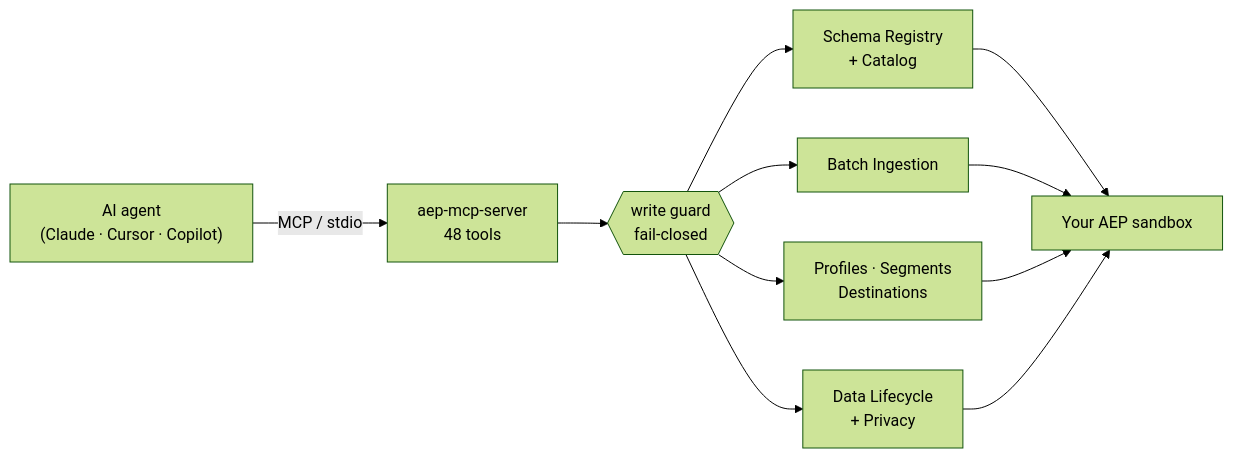
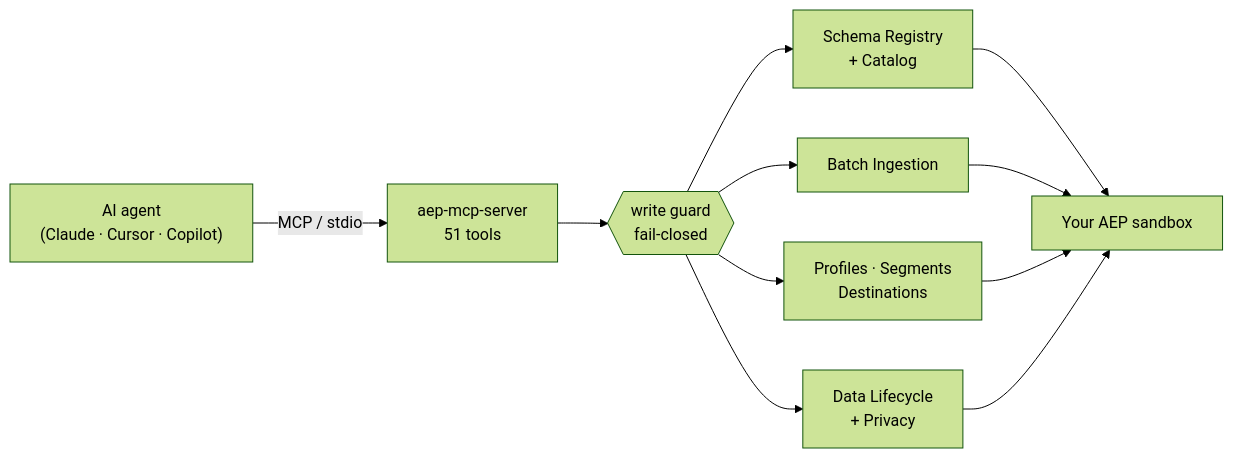
One commit to Focus-GTS/aep-mcp-server changed the second of 3 diagrams in README.md. Above: the diagram before and after it, drawn with Mermaid (forest theme). The commit also changed other lines of this file and 5 other files, not shown here.

````diff
--- a/README.md
+++ b/README.md
@@ -60,13 +60,13 @@
 ```mermaid
 flowchart LR
-  A["AI agent<br/>(Claude · Cursor · Copilot)"] -- MCP / stdio --> B["aep-mcp-server<br/>48 tools"]
+  A["AI agent<br/>(Claude · Cursor · Copilot)"] -- MCP / stdio --> B["aep-mcp-server<br/>51 tools"]
   B --> W{{"write guard<br/>fail-closed"}}
   W --> C["Schema Registry<br/>+ Catalog"]
   W --> D["Batch Ingestion"]
   W --> E["Profiles · Segments<br/>Destinations"]
   W --> G["Data Lifecycle<br/>+ Privacy"]
   C --> F["Your AEP sandbox"]
   D --> F
   E --> F
   G --> F
 ```
````
